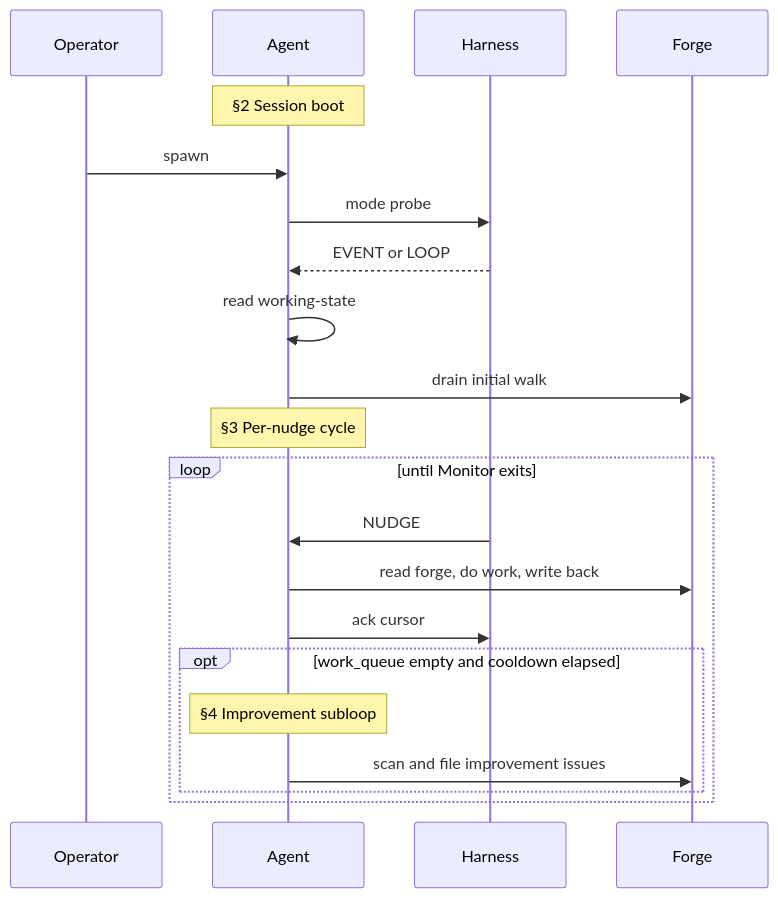
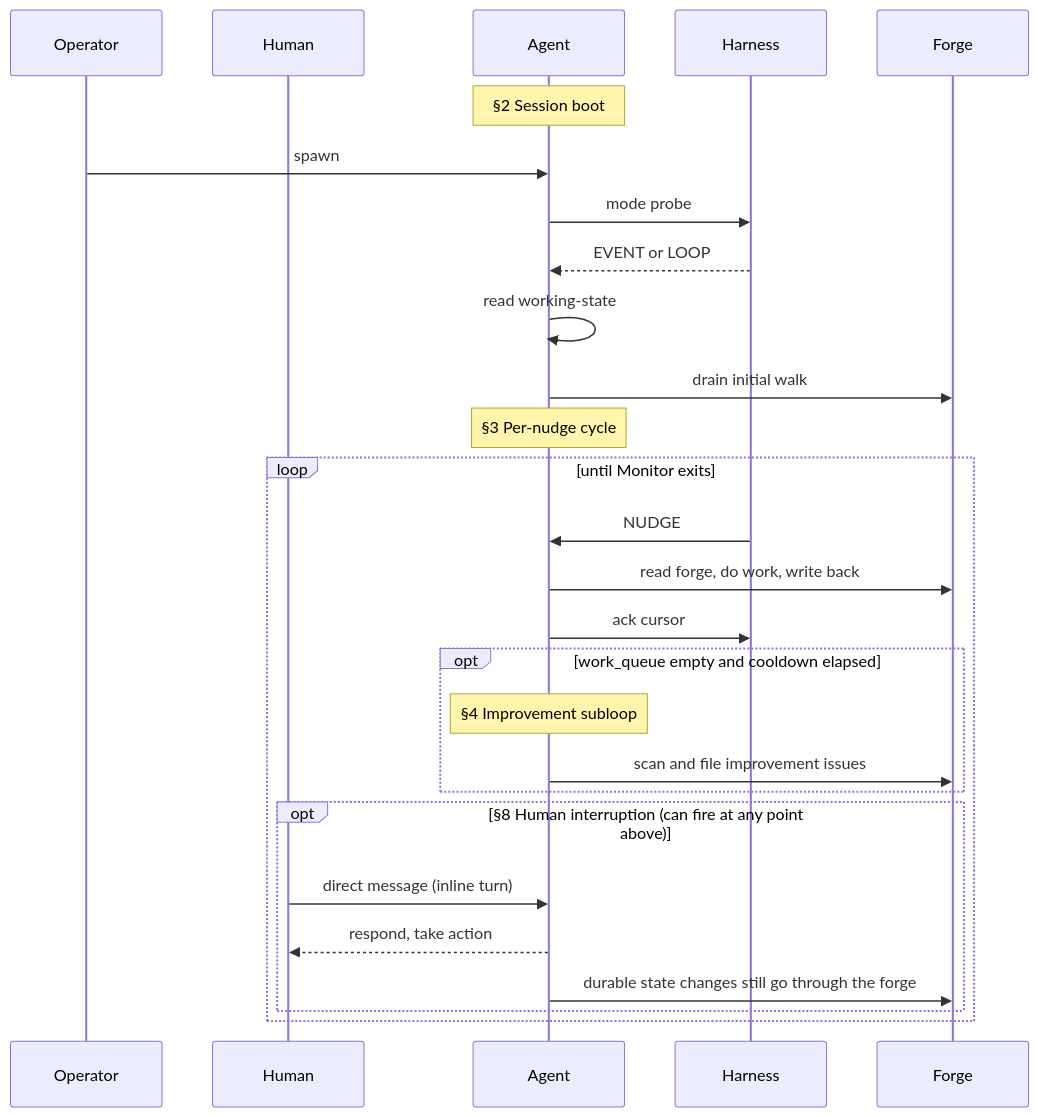
Before and after one commit to WallyDoodlez/SquidSquad: the first of 4 diagrams in .squidsquad/dm/CLAUDE.linked.md, drawn with Mermaid. The commit also changed 8 other files, not shown here.

First line of the commit message:
skill: #11144 — extend §1 lifetime overview diagram with Human interruption path

````diff
--- a/.squidsquad/dm/CLAUDE.linked.md
+++ b/.squidsquad/dm/CLAUDE.linked.md
@@ -220,23 +220,29 @@
 ```mermaid
 sequenceDiagram
     participant O as Operator
+    participant Hu as Human
     participant A as Agent
     participant H as Harness
     participant F as Forge
     Note over A: §2 Session boot
     O->>A: spawn
     A->>H: mode probe
     H-->>A: EVENT or LOOP
     A->>A: read working-state
     A->>F: drain initial walk
     Note over A: §3 Per-nudge cycle
     loop until Monitor exits
         H->>A: NUDGE
         A->>F: read forge, do work, write back
         A->>H: ack cursor
         opt work_queue empty and cooldown elapsed
             Note over A: §4 Improvement subloop
             A->>F: scan and file improvement issues
         end
+        opt §8 Human interruption (can fire at any point above)
+            Hu->>A: direct message (inline turn)
+            A-->>Hu: respond, take action
+            A->>F: durable state changes still go through the forge
+        end
     end
 ```
````
